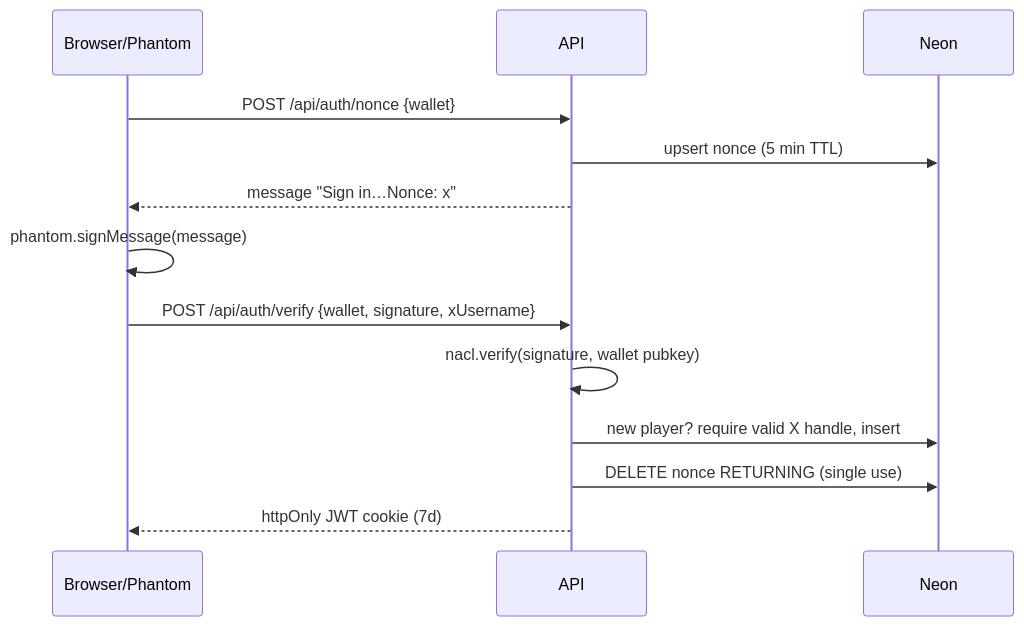
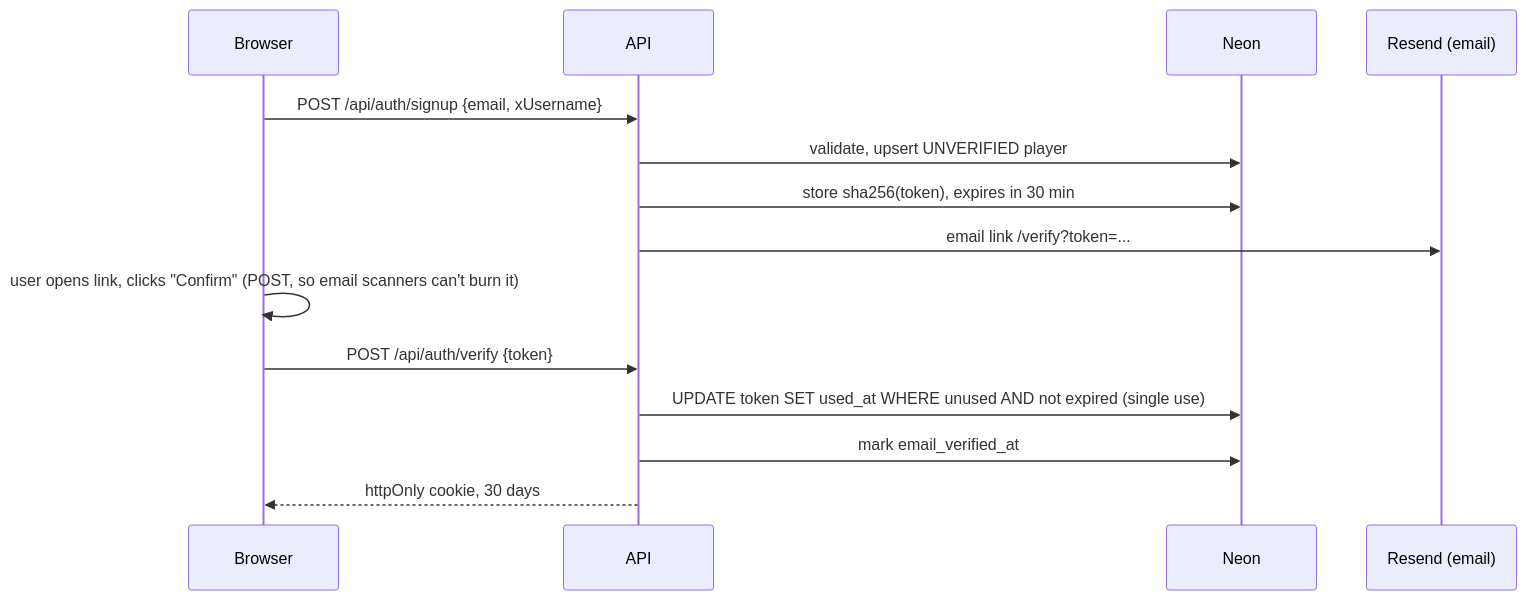
One commit to davide963-ux/cr-gr changed the second of 4 diagrams in README.md. Above: the diagram before and after it, drawn with Mermaid. The commit also changed other lines of this file and 20 other files, not shown here.

First line of the commit message:
Replace wallet login with email magic-link signup; require X username

````diff
--- a/README.md
+++ b/README.md
@@ -17,15 +18,16 @@
 ```mermaid
 sequenceDiagram
-  participant B as Browser/Phantom
+  participant B as Browser
   participant A as API
   participant D as Neon
-  B->>A: POST /api/auth/nonce {wallet}
-  A->>D: upsert nonce (5 min TTL)
-  A-->>B: message "Sign in…Nonce: x"
-  B->>B: phantom.signMessage(message)
-  B->>A: POST /api/auth/verify {wallet, signature, xUsername}
-  A->>A: nacl.verify(signature, wallet pubkey)
-  A->>D: new player? require valid X handle, insert
-  A->>D: DELETE nonce RETURNING (single use)
-  A-->>B: httpOnly JWT cookie (7d)
+  participant M as Resend (email)
+  B->>A: POST /api/auth/signup {email, xUsername}
+  A->>D: validate, upsert UNVERIFIED player
+  A->>D: store sha256(token), expires in 30 min
+  A->>M: email link /verify?token=...
+  B->>B: user opens link, clicks "Confirm" (POST, so email scanners can't burn it)
+  B->>A: POST /api/auth/verify {token}
+  A->>D: UPDATE token SET used_at WHERE unused AND not expired (single use)
+  A->>D: mark email_verified_at
+  A-->>B: httpOnly cookie, 30 days
 ```
````
